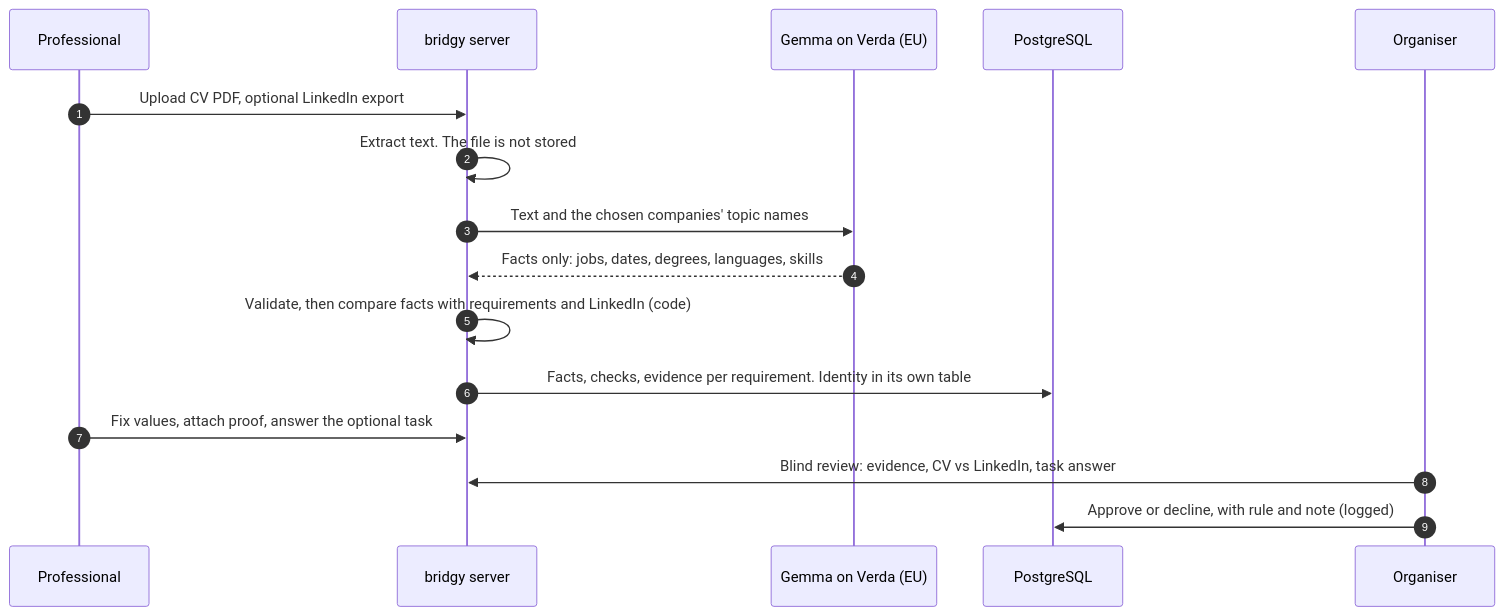
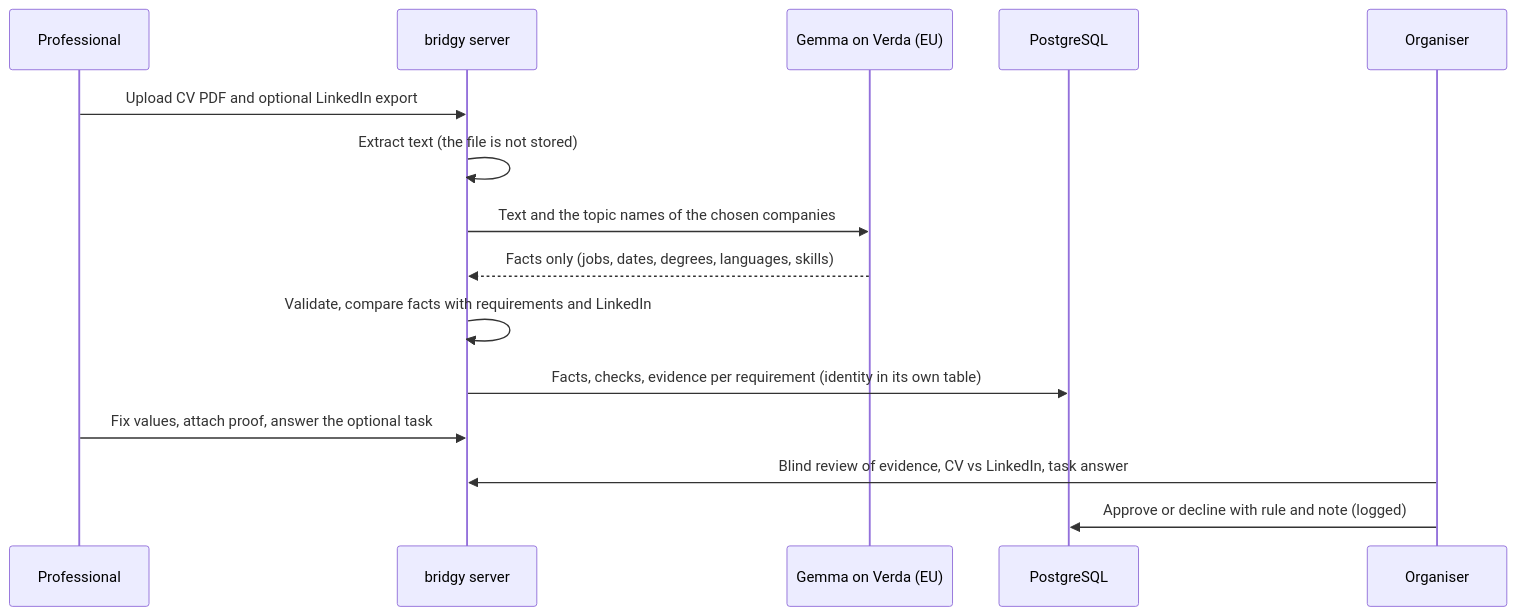
The second of 3 diagrams in README.md (kassxxv/junction-2026-lafa), drawn with Mermaid before and after one commit. The commit also changed other lines of this file, not shown here.

````diff
--- a/README.md
+++ b/README.md
@@ -154,19 +141,18 @@
 ```mermaid
 sequenceDiagram
-  autonumber
   participant P as Professional
   participant App as bridgy server
   participant G as Gemma on Verda (EU)
   participant DB as PostgreSQL
   participant O as Organiser
 
-  P->>App: Upload CV PDF, optional LinkedIn export
-  App->>App: Extract text. The file is not stored
-  App->>G: Text and the chosen companies' topic names
-  G-->>App: Facts only: jobs, dates, degrees, languages, skills
-  App->>App: Validate, then compare facts with requirements and LinkedIn (code)
-  App->>DB: Facts, checks, evidence per requirement. Identity in its own table
+  P->>App: Upload CV PDF and optional LinkedIn export
+  App->>App: Extract text (the file is not stored)
+  App->>G: Text and the topic names of the chosen companies
+  G-->>App: Facts only (jobs, dates, degrees, languages, skills)
+  App->>App: Validate, compare facts with requirements and LinkedIn
+  App->>DB: Facts, checks, evidence per requirement (identity in its own table)
   P->>App: Fix values, attach proof, answer the optional task
-  O->>App: Blind review: evidence, CV vs LinkedIn, task answer
-  O->>DB: Approve or decline, with rule and note (logged)
+  O->>App: Blind review of evidence, CV vs LinkedIn, task answer
+  O->>DB: Approve or decline with rule and note (logged)
 ```
````
